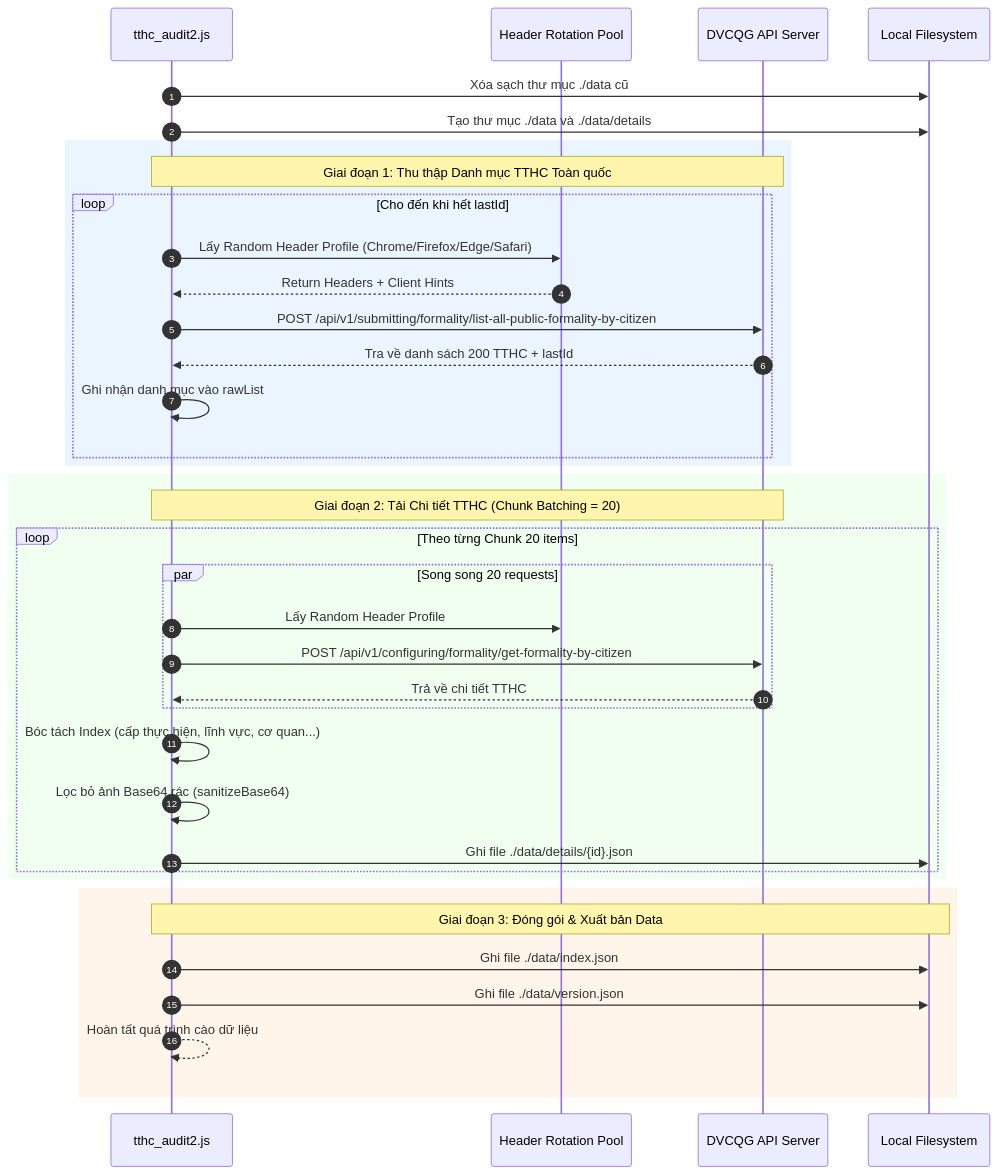
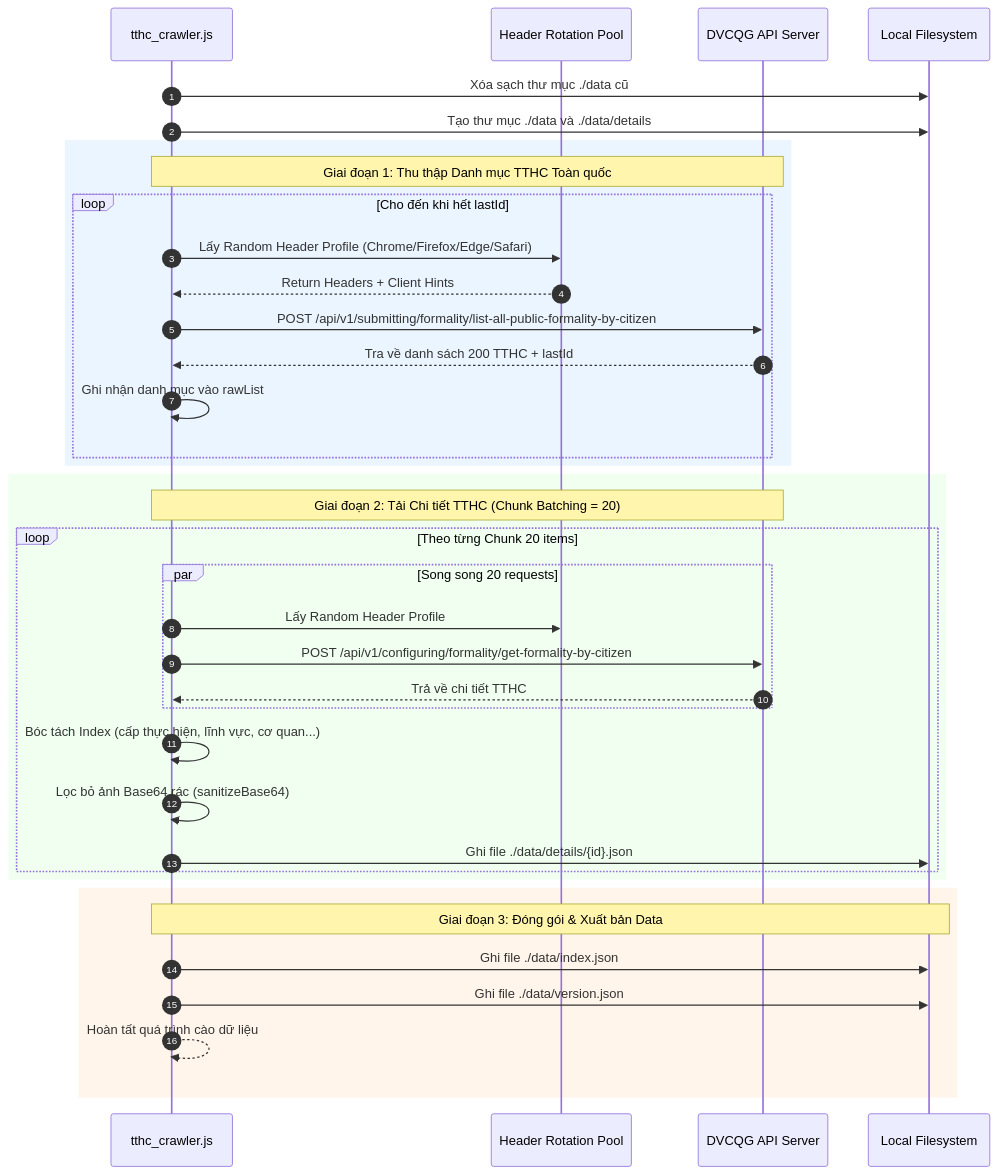
The second of 2 diagrams in README.md (duynghiaqn/Crawler-TTHC), drawn with Mermaid before and after one commit. The commit also changed other lines of this file and 3 other files, not shown here.

Commit message:
refactor: rename tthc_audit2.js to tthc_crawler.js and update workflow references

````diff
--- a/README.md
+++ b/README.md
@@ -58,43 +58,43 @@
 ```mermaid
 sequenceDiagram
     autonumber
-    participant App as tthc_audit2.js
+    participant App as tthc_crawler.js
     participant Pool as Header Rotation Pool
     participant API as DVCQG API Server
     participant FS as Local Filesystem
 
     App->>FS: Xóa sạch thư mục ./data cũ
     App->>FS: Tạo thư mục ./data và ./data/details
     
     rect rgb(235, 245, 255)
         note over App, API: Giai đoạn 1: Thu thập Danh mục TTHC Toàn quốc
         loop Cho đến khi hết lastId
             App->>Pool: Lấy Random Header Profile (Chrome/Firefox/Edge/Safari)
             Pool-->>App: Return Headers + Client Hints
             App->>API: POST /api/v1/submitting/formality/list-all-public-formality-by-citizen
             API-->>App: Tra về danh sách 200 TTHC + lastId
             App->>App: Ghi nhận danh mục vào rawList
         end
     end
 
     rect rgb(240, 255, 240)
         note over App, API: Giai đoạn 2: Tải Chi tiết TTHC (Chunk Batching = 20)
         loop Theo từng Chunk 20 items
             par Song song 20 requests
                 App->>Pool: Lấy Random Header Profile
                 App->>API: POST /api/v1/configuring/formality/get-formality-by-citizen
                 API-->>App: Trả về chi tiết TTHC
             end
             App->>App: Bóc tách Index (cấp thực hiện, lĩnh vực, cơ quan...)
             App->>App: Lọc bỏ ảnh Base64 rác (sanitizeBase64)
             App->>FS: Ghi file ./data/details/{id}.json
         end
     end
 
     rect rgb(255, 245, 235)
         note over App, FS: Giai đoạn 3: Đóng gói & Xuất bản Data
         App->>FS: Ghi file ./data/index.json
         App->>FS: Ghi file ./data/version.json
         App-->>App: Hoàn tất quá trình cào dữ liệu
     end
 ```
````
